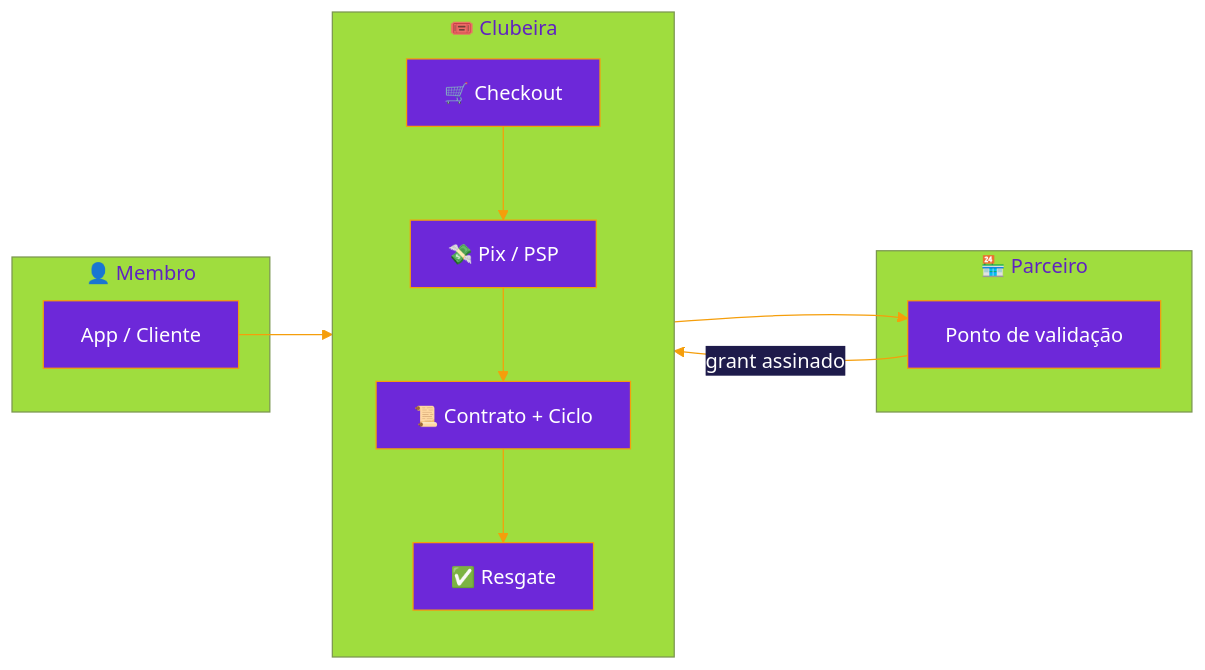
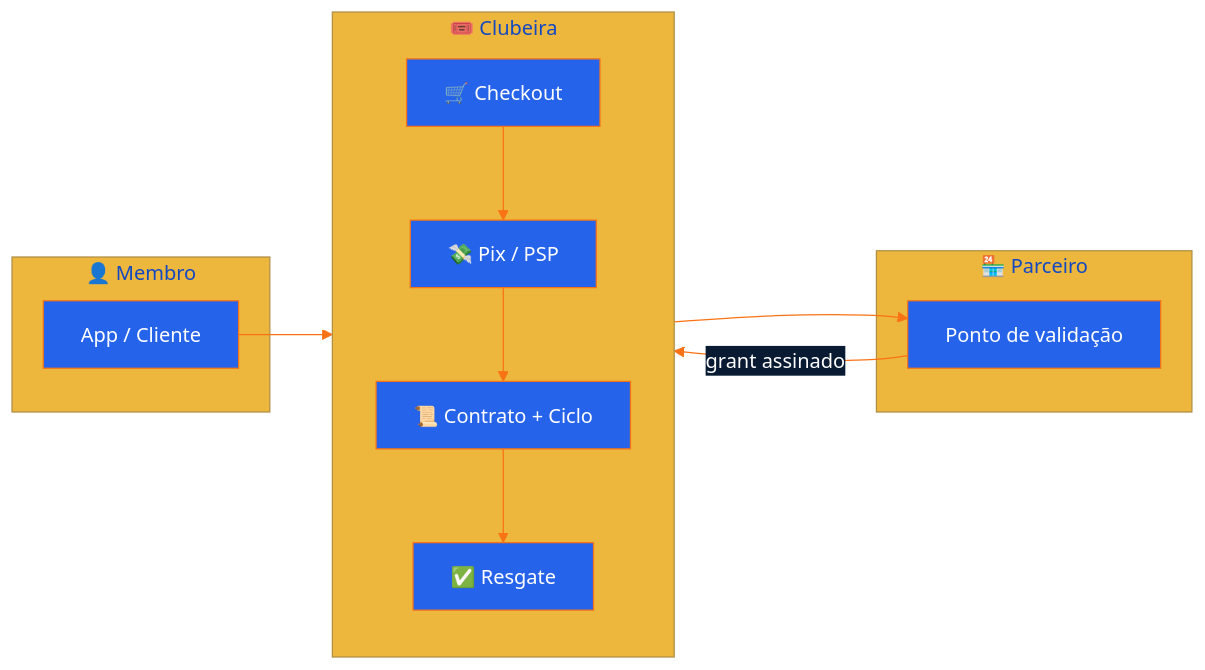
The first of 5 diagrams in README.md (gabrielmaialva33/clubeira), drawn with Mermaid before and after one commit. The commit also changed other lines of this file and 3 other files, not shown here.

````diff
--- a/README.md
+++ b/README.md
@@ -39,24 +39,24 @@
 ```mermaid
-%%{init: {'theme': 'base', 'themeVariables': { 'primaryColor': '#6D28D9', 'primaryTextColor': '#fff', 'primaryBorderColor': '#F59E0B', 'lineColor': '#F59E0B', 'secondaryColor': '#1e1b4b'}}}%%
+%%{init: {'theme': 'base', 'themeVariables': { 'primaryColor': '#2563EB', 'primaryTextColor': '#fff', 'primaryBorderColor': '#F97316', 'lineColor': '#F97316', 'secondaryColor': '#081B33'}}}%%
 flowchart LR
     subgraph Membro["👤 Membro"]
         APP[App / Cliente]
     end
 
     subgraph Core["🎟️ Clubeira"]
         direction TB
         CHK[🛒 Checkout]
         PAY[💸 Pix / PSP]
         CTR[📜 Contrato + Ciclo]
         RDM[✅ Resgate]
         CHK --> PAY --> CTR --> RDM
     end
 
     subgraph Parceiro["🏪 Parceiro"]
         VP[Ponto de validação]
     end
 
     APP --> CHK
     RDM --> VP
     VP -->|grant assinado| RDM
 ```
````
